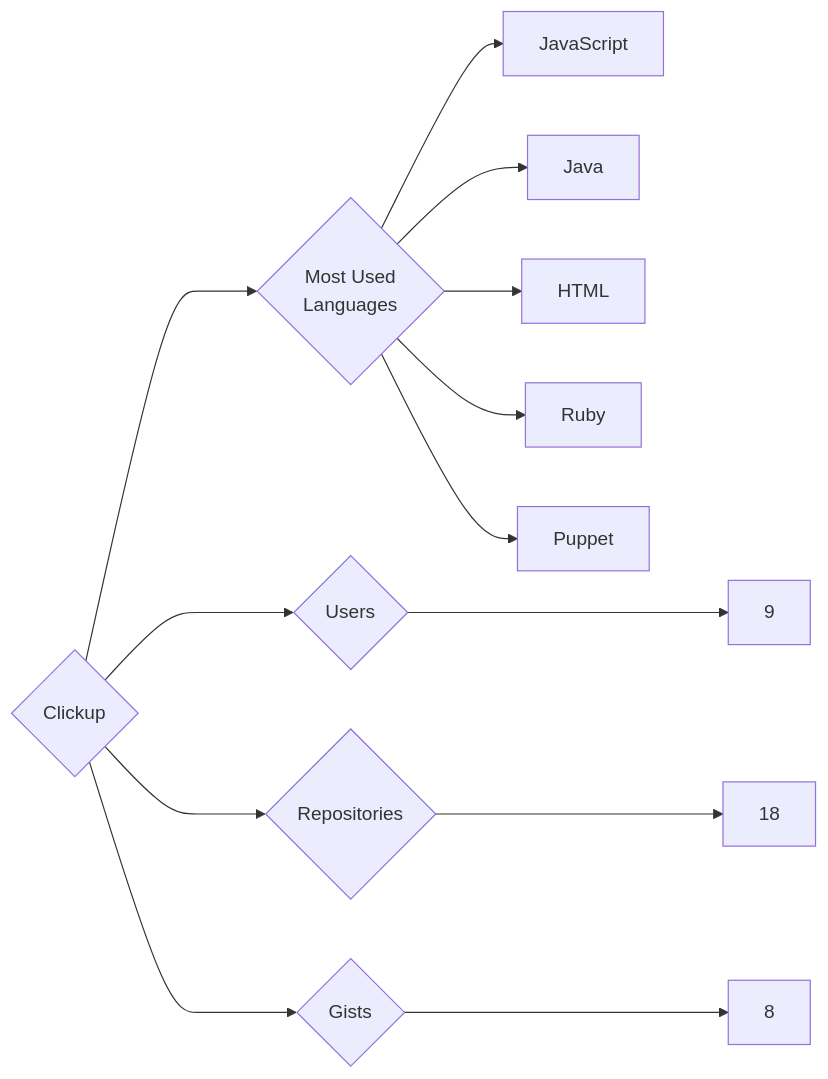
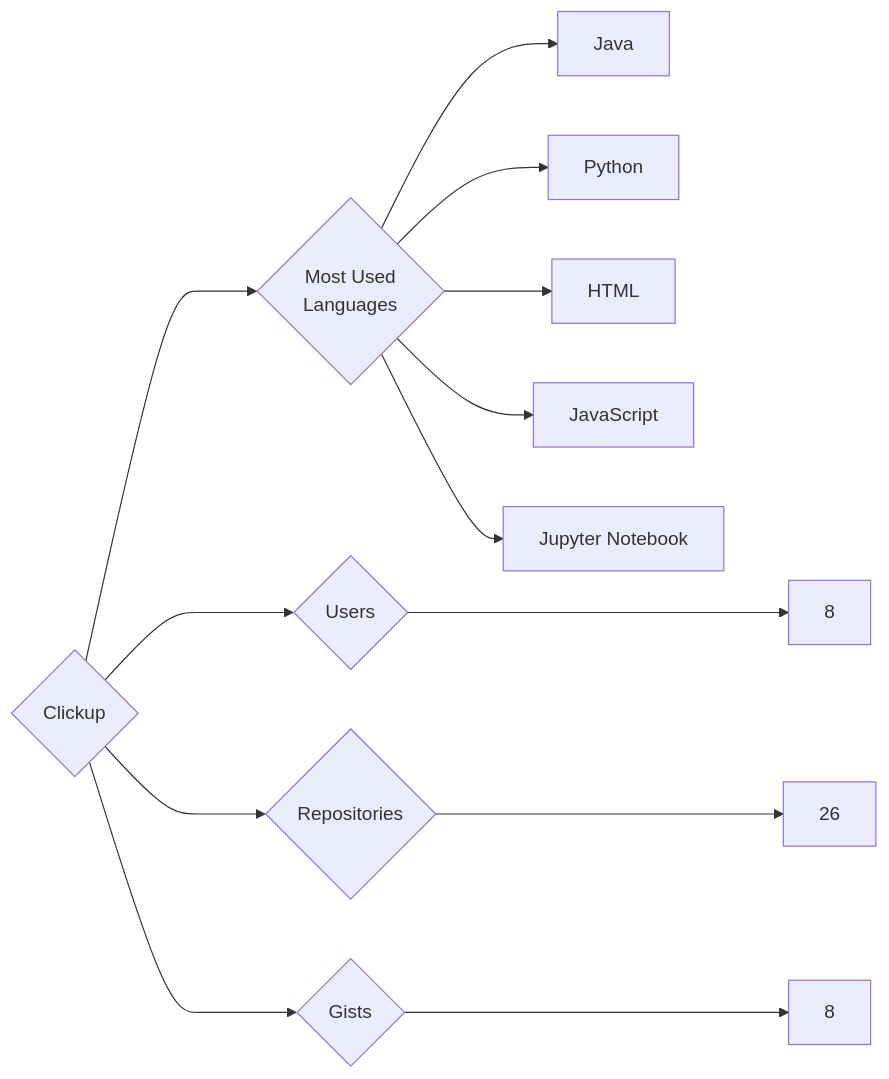
Before and after one commit to trickest/insiders: the diagram in targets/Clickup/README.md, drawn with Mermaid. The commit also changed 1055 other files, not shown here.

````diff
--- a/targets/Clickup/README.md
+++ b/targets/Clickup/README.md
@@ -3,13 +3,13 @@
 ```mermaid
 graph LR
 COMPANY_NAME{Clickup}
-COMPANY_NAME ---> U{Users} ---> UN[9]
-COMPANY_NAME ---> R{Repositories} ---> RN[18]
+COMPANY_NAME ---> U{Users} ---> UN[8]
+COMPANY_NAME ---> R{Repositories} ---> RN[26]
 COMPANY_NAME ---> G{Gists} ---> GN[8]
 COMPANY_NAME ---> ML{Most Used<br>Languages}
+ML --> Java[Java]
+ML --> Python[Python]
+ML --> HTML[HTML]
 ML --> JavaScript[JavaScript]
-ML --> Java[Java]
-ML --> HTML[HTML]
-ML --> Ruby[Ruby]
-ML --> Puppet[Puppet]
+ML --> Jupyter_Notebook[Jupyter Notebook]
 ```
````
